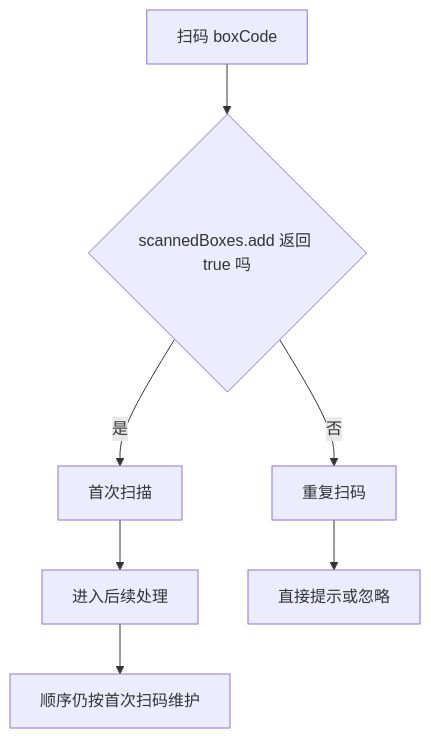
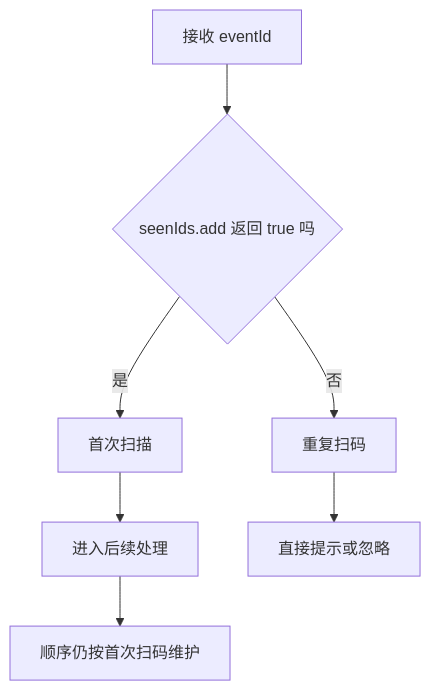
One commit to xuegucheng/java-tech-review changed diagram 32 of 45 in 02-集合框架/02-深度解析/HashSet与LinkedHashSet.md. Above: the diagram before and after it, drawn with Mermaid. The commit also changed other lines of this file and 33 other files, not shown here.

````diff
--- a/02-集合框架/02-深度解析/HashSet与LinkedHashSet.md
+++ b/02-集合框架/02-深度解析/HashSet与LinkedHashSet.md
@@ -1475,11 +1475,11 @@
 ```mermaid
 flowchart TD
-    A[扫码 boxCode] --> B{scannedBoxes.add 返回 true 吗}
+    A[接收 eventId] --> B{seenIds.add 返回 true 吗}
 
     B -- 是 --> C[首次扫描]
     C --> D[进入后续处理]
     D --> E[顺序仍按首次扫码维护]
 
     B -- 否 --> F[重复扫码]
     F --> G[直接提示或忽略]
 ```
````
